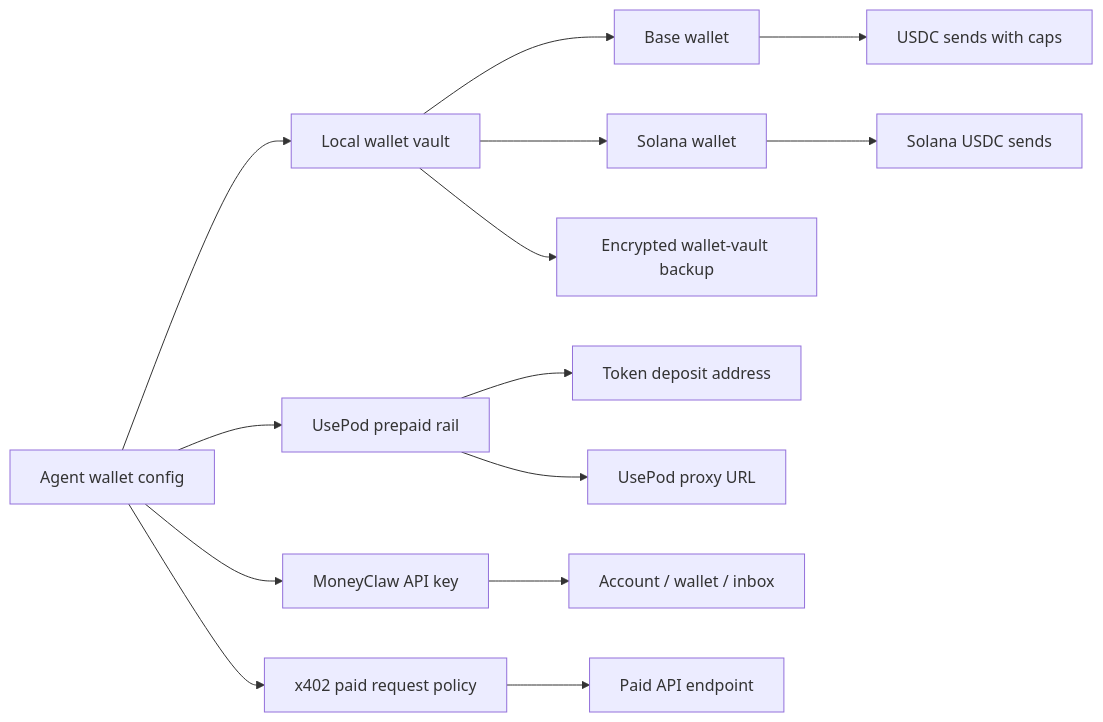
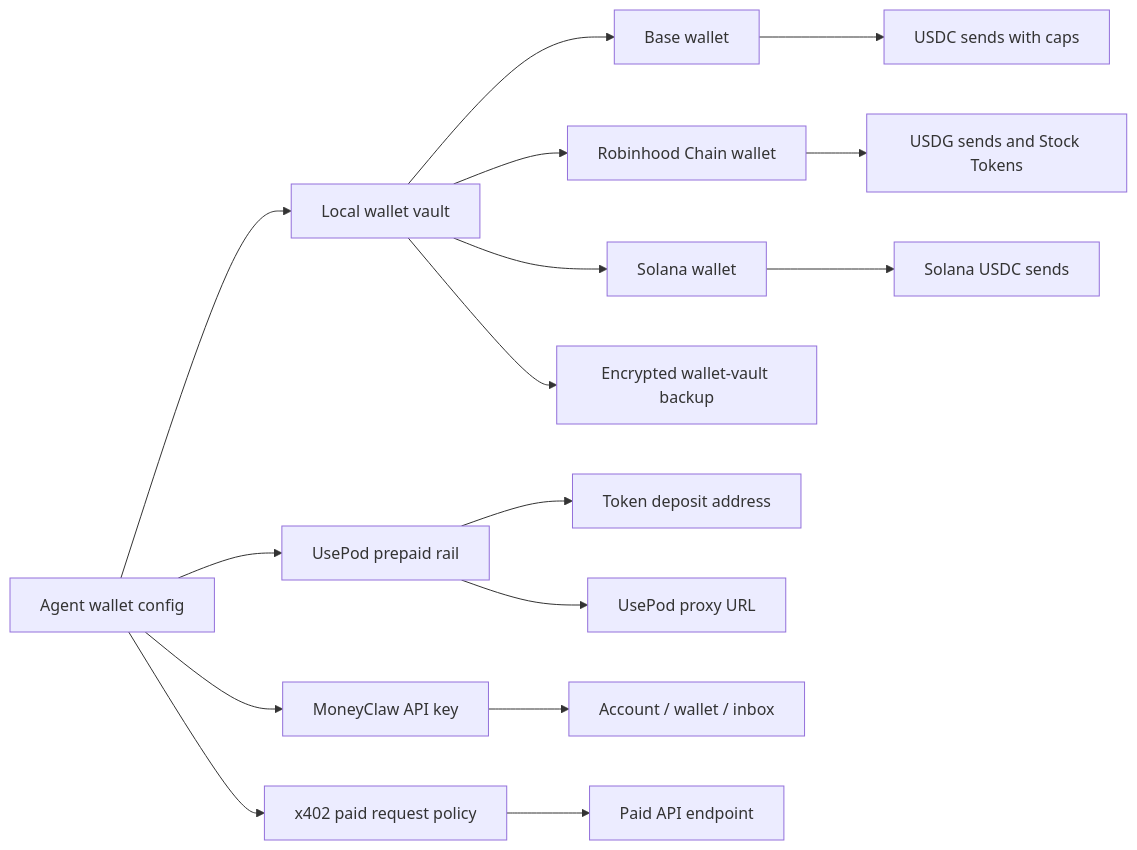
One commit to LiamVisionary/hivemindos changed the fourth of 15 diagrams in docs/for-users/diagrams.md. Above: the diagram before and after it, drawn with Mermaid. The commit also changed other lines of this file and 557 other files, not shown here.

````diff
--- a/docs/for-users/diagrams.md
+++ b/docs/for-users/diagrams.md
@@ -149,16 +149,18 @@
 ```mermaid
 flowchart LR
   Agent["Agent wallet config"] --> LocalVault["Local wallet vault"]
   LocalVault --> Base["Base wallet"]
+  LocalVault --> Robinhood["Robinhood Chain wallet"]
   LocalVault --> Solana["Solana wallet"]
   Base --> USDC["USDC sends with caps"]
+  Robinhood --> USDG["USDG sends and Stock Tokens"]
   Solana --> SolanaUSDC["Solana USDC sends"]
   Agent --> UsePod["UsePod prepaid rail"]
   UsePod --> Deposit["Token deposit address"]
   UsePod --> Proxy["UsePod proxy URL"]
   Agent --> MoneyClaw["MoneyClaw API key"]
   MoneyClaw --> Account["Account / wallet / inbox"]
   Agent --> X402["x402 paid request policy"]
   X402 --> PaidApi["Paid API endpoint"]
   LocalVault --> Backup["Encrypted wallet-vault backup"]
 ```
````
